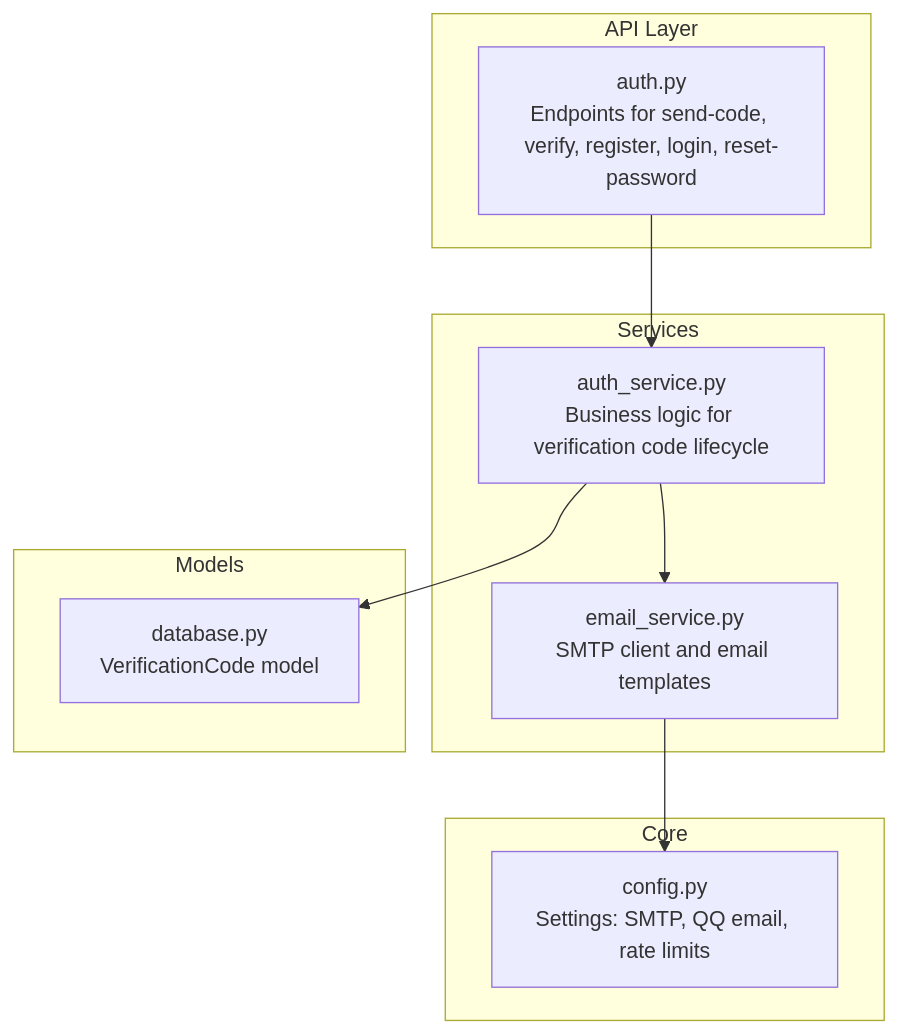
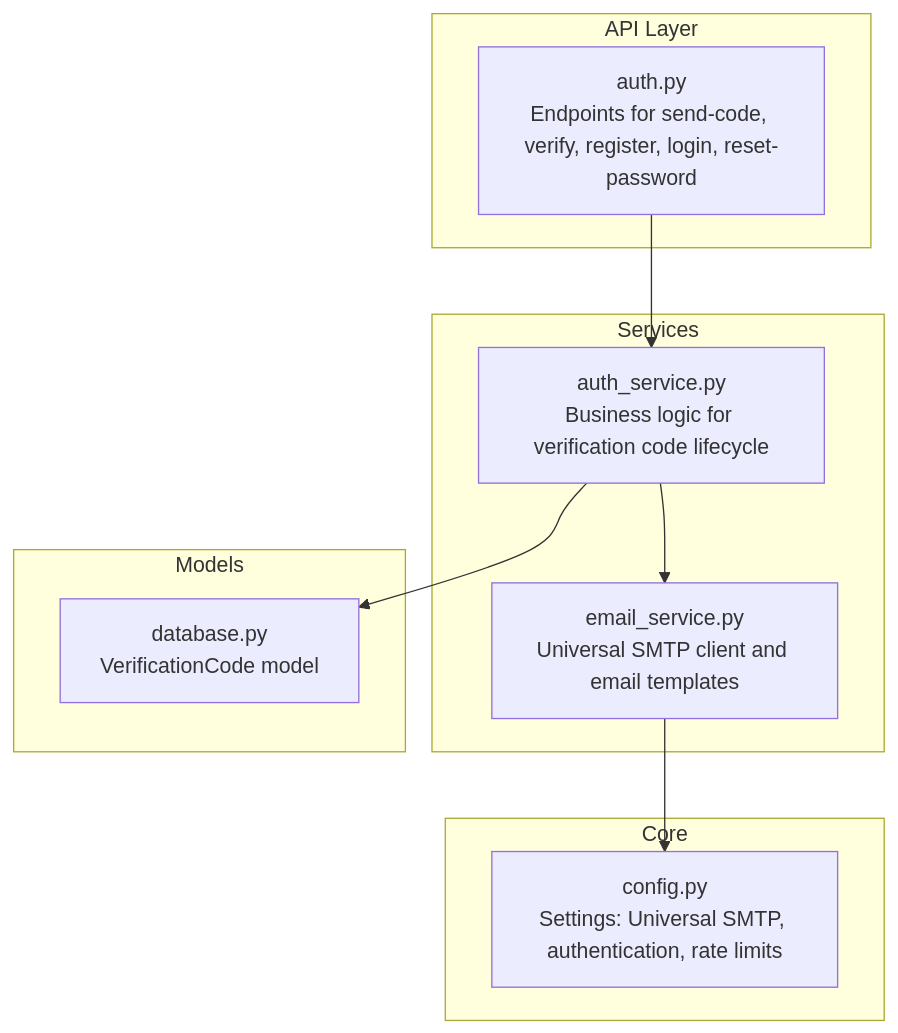
Before and after one commit to rainRise/aidiary: the first of 5 diagrams in .qoder/repowiki/en/content/Backend System/Service Layer Implementation/Email Service.md, drawn with Mermaid. The commit also changed other lines of this file and 13 other files, not shown here.

````diff
--- a/.qoder/repowiki/en/content/Backend System/Service Layer Implementation/Email Service.md
+++ b/.qoder/repowiki/en/content/Backend System/Service Layer Implementation/Email Service.md
@@ -32,20 +41,20 @@
 ```mermaid
 graph TB
 subgraph "API Layer"
 A1["auth.py<br/>Endpoints for send-code, verify, register, login, reset-password"]
 end
 subgraph "Services"
 S1["auth_service.py<br/>Business logic for verification code lifecycle"]
-S2["email_service.py<br/>SMTP client and email templates"]
+S2["email_service.py<br/>Universal SMTP client and email templates"]
 end
 subgraph "Core"
-C1["config.py<br/>Settings: SMTP, QQ email, rate limits"]
+C1["config.py<br/>Settings: Universal SMTP, authentication, rate limits"]
 end
 subgraph "Models"
 M1["database.py<br/>VerificationCode model"]
 end
 A1 --> S1
 S1 --> S2
 S2 --> C1
 S1 --> M1
 ```
````
